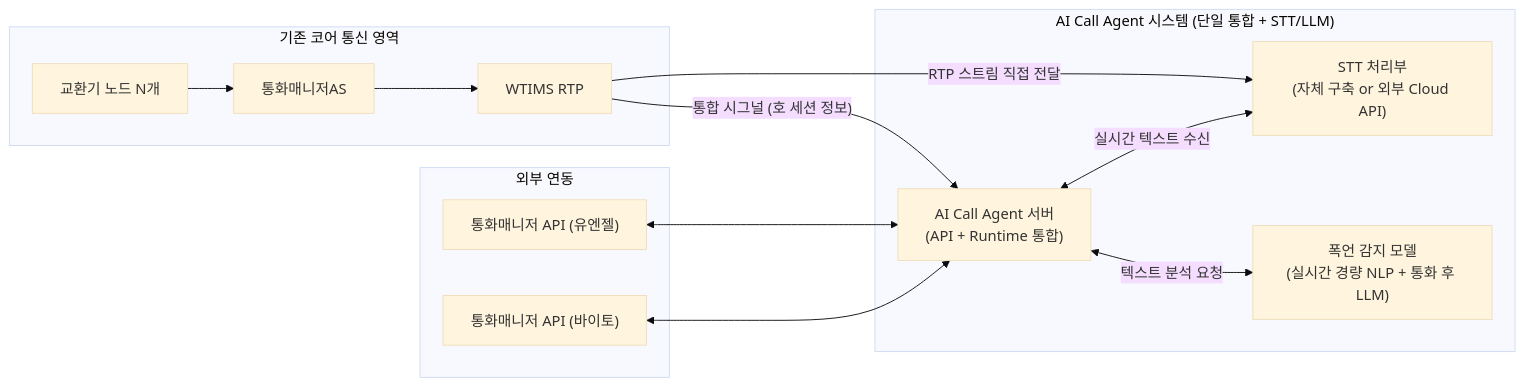
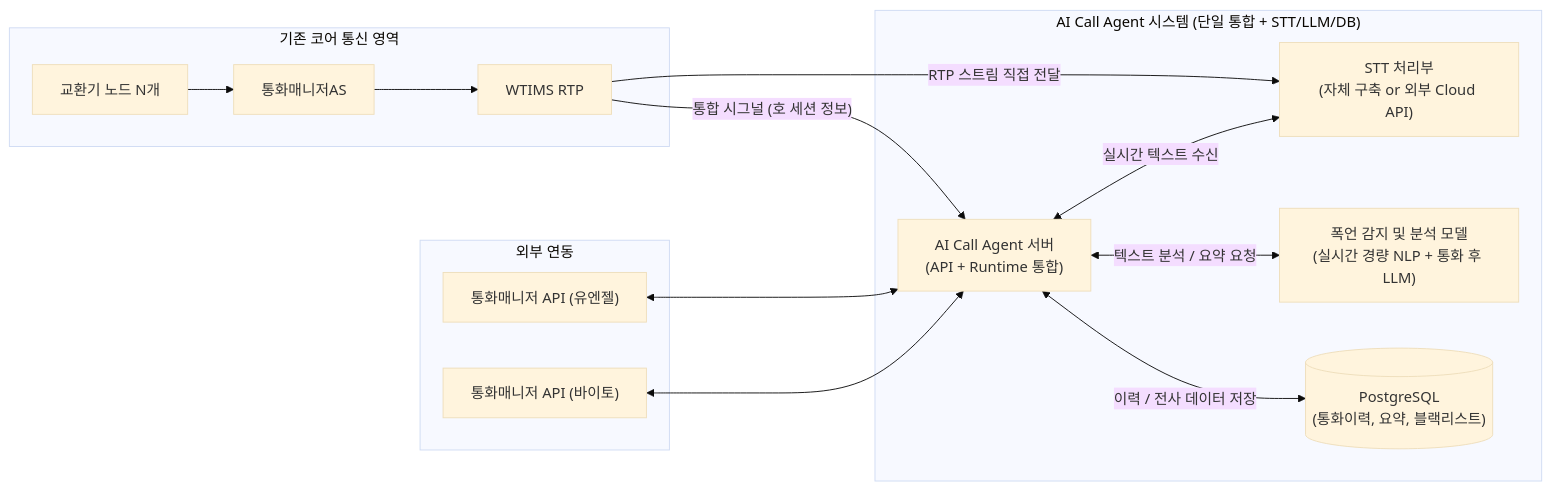
Before and after one commit to hak023/agentic_ai_callbot: the diagram in docs/architecture/minimal-stt-profanity-architecture.md, drawn with Mermaid (base theme). The commit also changed other lines of this file, not shown here.

Commit message:
docs: Update minimal architecture title and add features section

````diff
--- a/docs/architecture/minimal-stt-profanity-architecture.md
+++ b/docs/architecture/minimal-stt-profanity-architecture.md
@@ -16,26 +43,28 @@
 ```mermaid
 flowchart LR
     subgraph CORE["기존 코어 통신 영역"]
         EX["교환기 노드 N개"] --> CM["통화매니저AS"] --> WT["WTIMS RTP"]
     end
     
-    subgraph ACA["AI Call Agent 시스템 (단일 통합 + STT/LLM)"]
+    subgraph ACA["AI Call Agent 시스템 (단일 통합 + STT/LLM/DB)"]
         API_AIR["AI Call Agent 서버<br/>(API + Runtime 통합)"]
         STT["STT 처리부<br/>(자체 구축 or 외부 Cloud API)"]
-        NLP_LLM["폭언 감지 모델<br/>(실시간 경량 NLP + 통화 후 LLM)"]
+        NLP_LLM["폭언 감지 및 분석 모델<br/>(실시간 경량 NLP + 통화 후 LLM)"]
+        DB[("PostgreSQL<br/>(통화이력, 요약, 블랙리스트)")]
     end
     
     subgraph EXT["외부 연동"]
         UAPI["통화매니저 API (유엔젤)"]
         BAPI["통화매니저 API (바이토)"]
     end
 
     %% 연결 관계
     WT -->|RTP 스트림 직접 전달| STT
     WT -->|"통합 시그널 (호 세션 정보)"| API_AIR
     API_AIR <-->|실시간 텍스트 수신| STT
-    API_AIR <-->|텍스트 분석 요청| NLP_LLM
+    API_AIR <-->|텍스트 분석 / 요약 요청| NLP_LLM
+    API_AIR <-->|이력 / 전사 데이터 저장| DB
     
     UAPI <--> API_AIR
     BAPI <--> API_AIR
 ```
````
